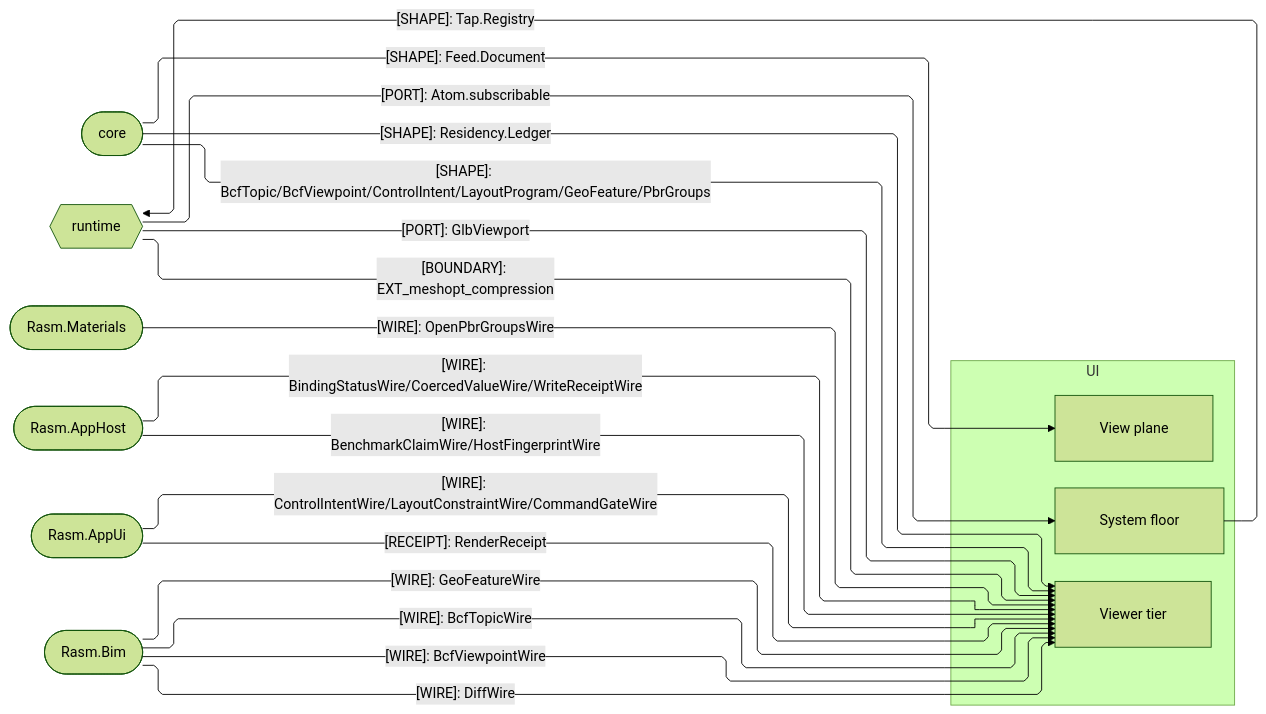
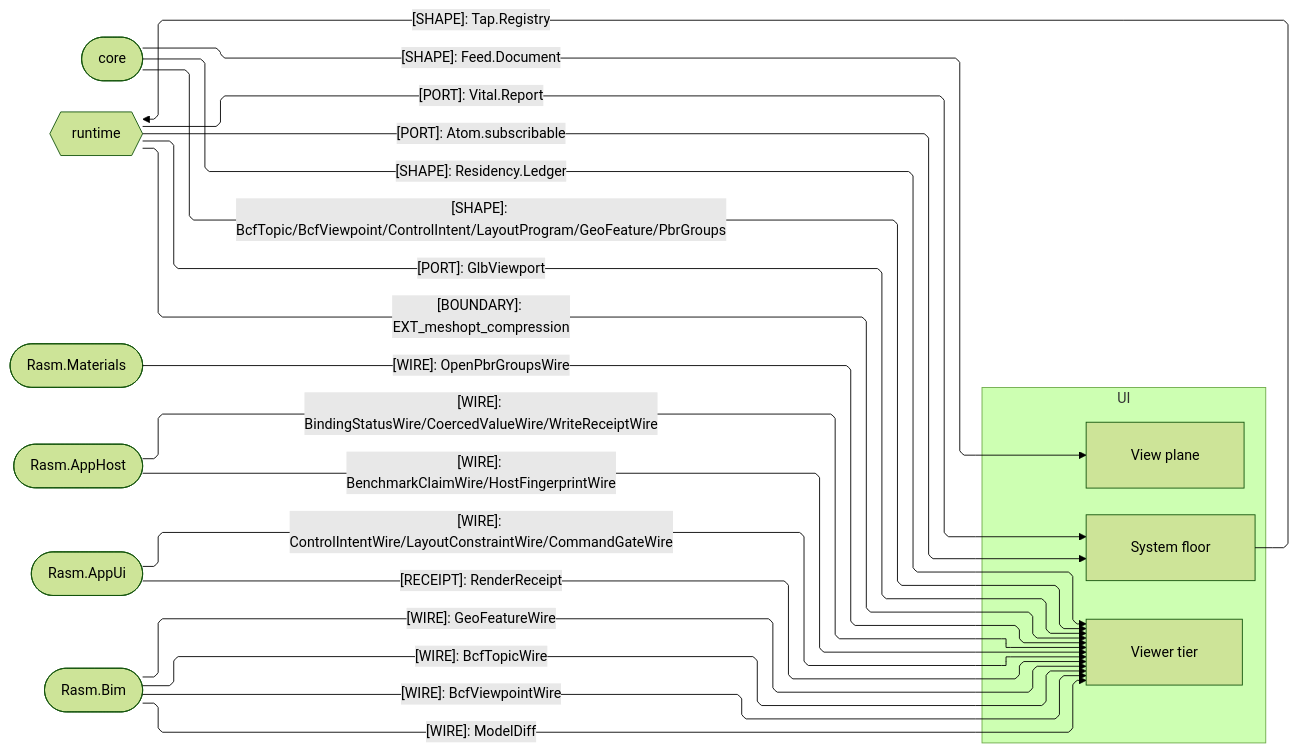
Before and after one commit to bsamiee/Rasm: the second of 2 diagrams in libs/typescript/ui/ARCHITECTURE.md, drawn with Mermaid (forest theme). The commit also changed other lines of this file and 249 other files, not shown here.

````diff
--- a/libs/typescript/ui/ARCHITECTURE.md
+++ b/libs/typescript/ui/ARCHITECTURE.md
@@ -88,39 +88,40 @@
 ```mermaid
 ---
 config:
   layout: elk
   flowchart:
     curve: linear
     padding: 25
 ---
 flowchart LR
     accTitle: UI package seam registry
     accDescr: UI owners exchanging value, wire, port, and receipt contracts with core, runtime, and the C# packages; nodes classed by direction.
     subgraph ui[UI]
         System[System floor]
         View[View plane]
         Viewer[Viewer tier]
     end
     Core([core])
     Runtime{{runtime}}
     Materials([Rasm.Materials])
     AppHost([Rasm.AppHost])
     AppUi([Rasm.AppUi])
     Bim([Rasm.Bim])
     Core e1@-->|"[SHAPE]: Feed.Document"| View
     Core e12@-->|"[SHAPE]: Residency.Ledger"| Viewer
     Core e16@-->|"[SHAPE]: BcfTopic/BcfViewpoint/ControlIntent/LayoutProgram/GeoFeature/PbrGroups"| Viewer
     Runtime e2@-->|"[PORT]: Atom.subscribable"| System
     Runtime e3@-->|"[PORT]: GlbViewport"| Viewer
+    Runtime e17@-->|"[PORT]: Vital.Report"| System
     Runtime e4@-->|"[BOUNDARY]: EXT_meshopt_compression"| Viewer
     Materials e5@-->|"[WIRE]: OpenPbrGroupsWire"| Viewer
     AppHost e6@-->|"[WIRE]: BindingStatusWire/CoercedValueWire/WriteReceiptWire"| Viewer
     AppHost e13@-->|"[WIRE]: BenchmarkClaimWire/HostFingerprintWire"| Viewer
     AppUi e7@-->|"[WIRE]: ControlIntentWire/LayoutConstraintWire/CommandGateWire"| Viewer
     AppUi e8@-->|"[RECEIPT]: RenderReceipt"| Viewer
     Bim e9@-->|"[WIRE]: BcfTopicWire"| Viewer
     Bim e10@-->|"[WIRE]: BcfViewpointWire"| Viewer
-    Bim e11@-->|"[WIRE]: DiffWire"| Viewer
+    Bim e11@-->|"[WIRE]: ModelDiff"| Viewer
     Bim e14@-->|"[WIRE]: GeoFeatureWire"| Viewer
     System e15@-->|"[SHAPE]: Tap.Registry"| Runtime
 ```
````
